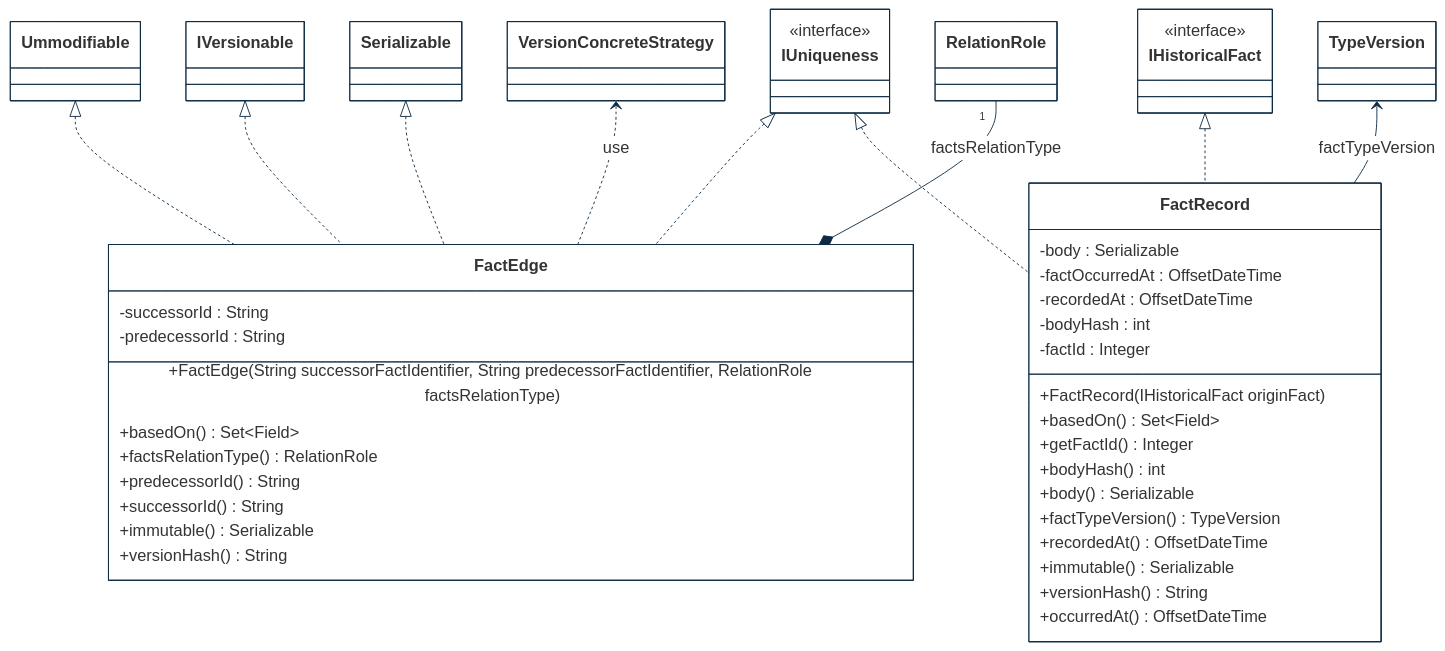
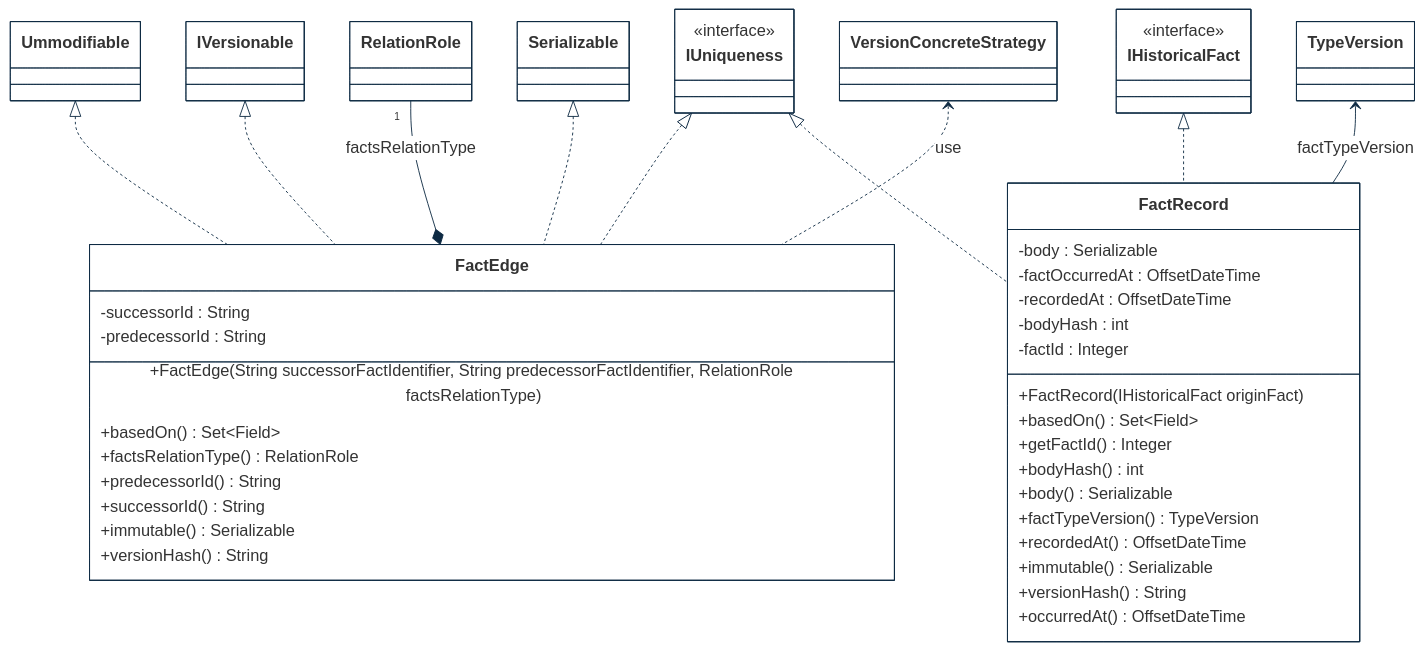
The first of 3 diagrams in implementations-line/framework/immutable/designview-packages.md (cybnity/foundation), drawn with Mermaid before and after one commit. The commit also changed other lines of this file, not shown here.

````diff
--- a/implementations-line/framework/immutable/designview-packages.md
+++ b/implementations-line/framework/immutable/designview-packages.md
@@ -15,67 +15,67 @@
 ```mermaid
 %%{
   init: {
     'theme': 'base',
     'themeVariables': {
         'background': '#ffffff',
         'fontFamily': 'arial',
         'fontSize': '18px',
         'primaryColor': '#fff',
         'primaryBorderColor': '#0e2a43',
         'secondaryBorderColor': '#0e2a43',
         'tertiaryBorderColor': '#0e2a43',
         'edgeLabelBackground':'#0e2a43',
         'lineColor': '#0e2a43',
         'tertiaryColor': '#fff'
     }
   }
 }%%
 classDiagram
     Ummodifiable <|.. FactEdge
     IVersionable <|.. FactEdge
+    RelationRole "1" --* FactEdge : factsRelationType
     IUniqueness <|.. FactEdge
     IHistoricalFact <|.. FactRecord
     IUniqueness <|.. FactRecord
     Serializable <|.. FactEdge
     VersionConcreteStrategy <.. FactEdge : use
-    RelationRole "1" --* FactEdge : factsRelationType
     TypeVersion <-- FactRecord : factTypeVersion
 
     class IHistoricalFact {
         <<interface>>
     }
     class IUniqueness {
         <<interface>>
     }
     class RelationRole {
     }
     class FactEdge {
         -successorId : String
         -predecessorId : String
         +FactEdge(String successorFactIdentifier, String predecessorFactIdentifier, RelationRole factsRelationType)
         +basedOn() Set~Field~
         +factsRelationType() RelationRole
         +predecessorId() String
         +successorId() String
         +immutable() Serializable
         +versionHash() String
     }
     class FactRecord {
         -body : Serializable
         -factOccurredAt : OffsetDateTime
         -recordedAt : OffsetDateTime
         -bodyHash : int
         -factId : Integer
         +FactRecord(IHistoricalFact originFact)
         +basedOn() Set~Field~
         +getFactId() Integer
         +bodyHash() int
         +body() Serializable
         +factTypeVersion() TypeVersion
         +recordedAt() OffsetDateTime
         +immutable() Serializable
         +versionHash() String
         +occurredAt() OffsetDateTime
     }
 
 ```
````
